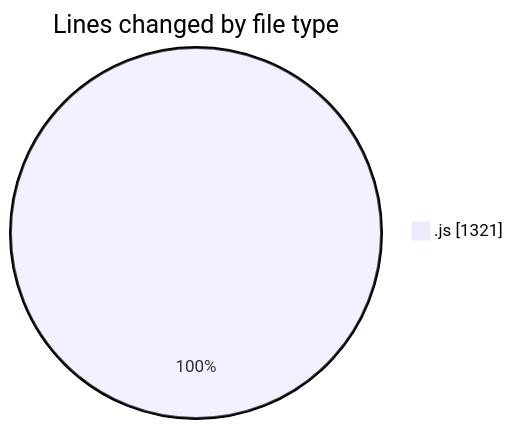
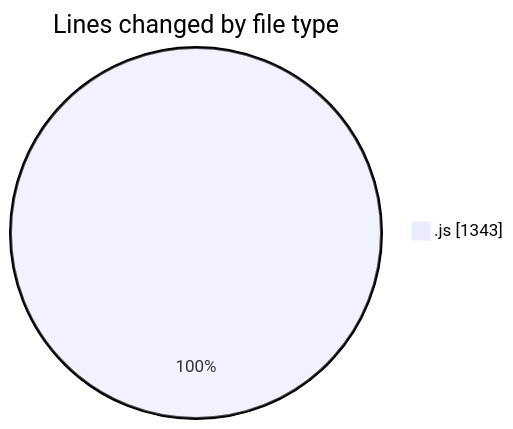
One commit to momahboobian/code-tracking changed the first of 2 diagrams in 2026-02-04/cda/README.md. Above: the diagram before and after it, drawn with Mermaid. The commit also changed other lines of this file and 1 other file, not shown here.

````diff
--- a/2026-02-04/cda/README.md
+++ b/2026-02-04/cda/README.md
@@ -20,5 +20,5 @@
 ```mermaid
 pie showData
 title Lines changed by file type
-".js" : 1321
+".js" : 1343
 ```
````
